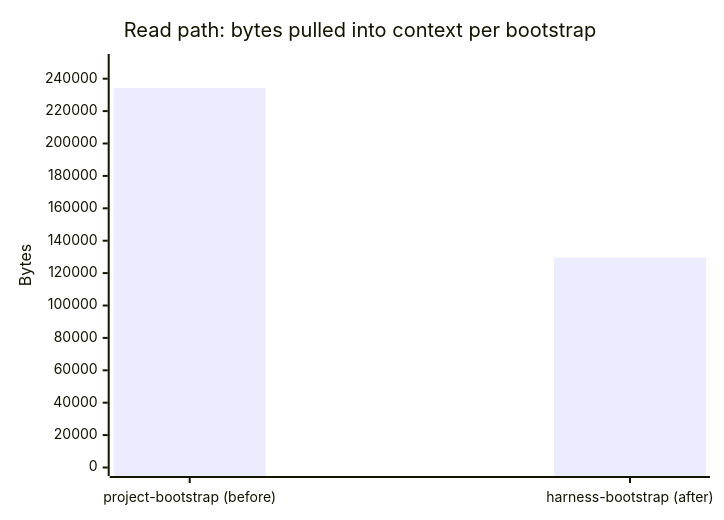
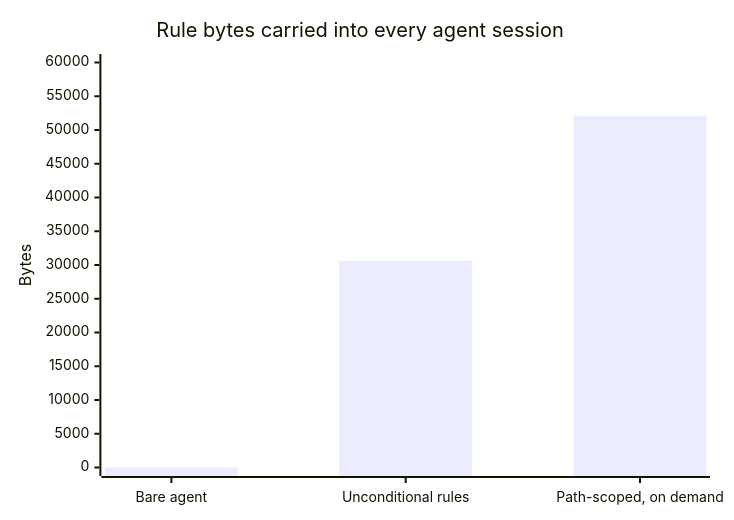
The second of 2 diagrams in benchmark/RESULTS.md (nguyenhx2/agent-harness-bootstrap), drawn with Mermaid before and after one commit. The commit also changed other lines of this file and 74 other files, not shown here.

First line of the commit message:
fix(harness-bootstrap): close guardrail bypasses, unblock legitimate env reads, widen discovery

````diff
--- a/benchmark/RESULTS.md
+++ b/benchmark/RESULTS.md
@@ -67,7 +97,7 @@
 ```mermaid
 xychart-beta
-    title "Read path: bytes pulled into context per bootstrap"
-    x-axis ["project-bootstrap (before)", "harness-bootstrap (after)"]
-    y-axis "Bytes" 0 --> 250000
-    bar [234196, 129638]
+    title "Rule bytes carried into every agent session"
+    x-axis ["Bare agent", "Unconditional rules", "Path-scoped, on demand"]
+    y-axis "Bytes" 0 --> 60000
+    bar [0, 30643, 52113]
 ```
````
